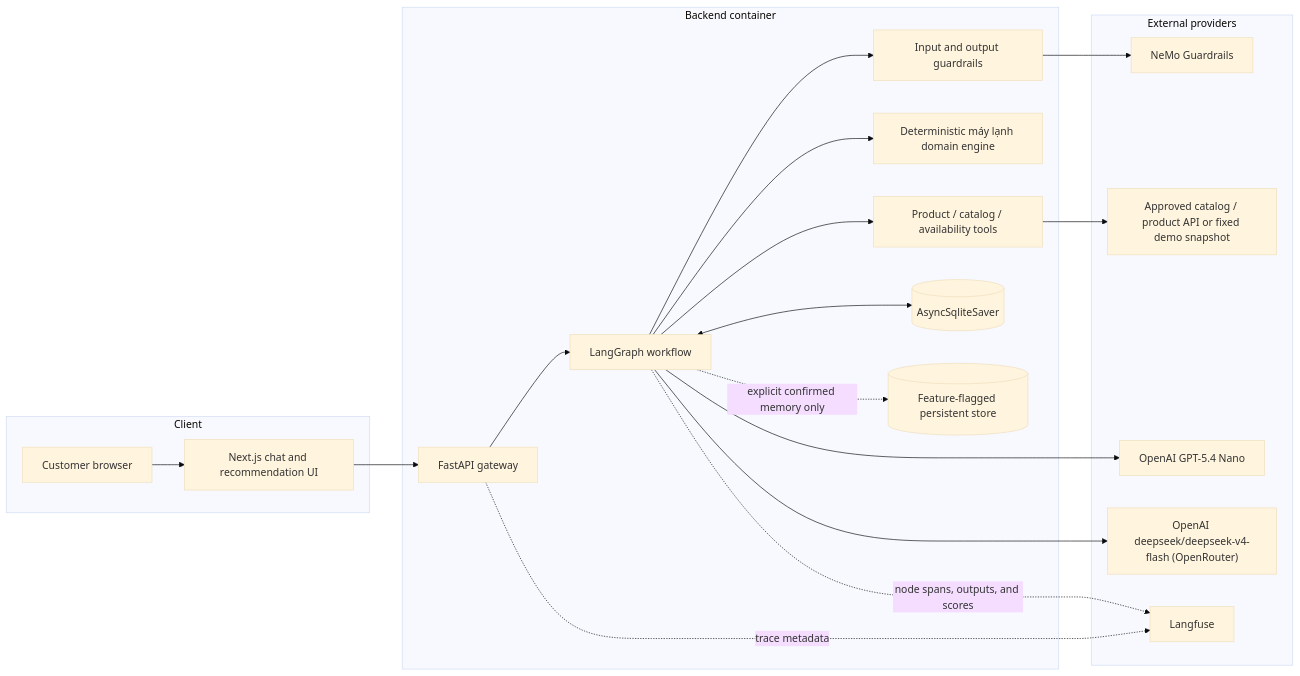
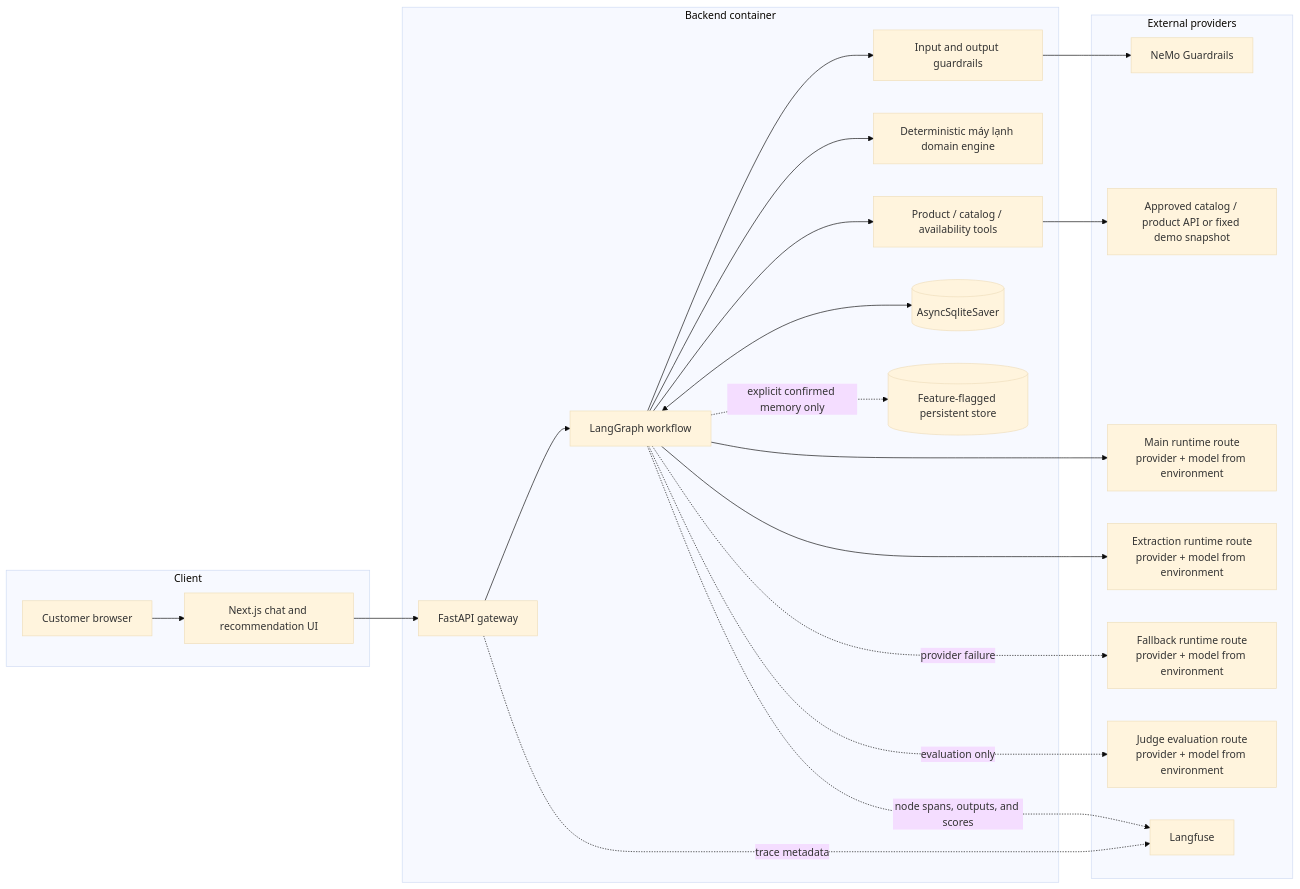
Before and after one commit to MathematicGuy/AI-Hackathon-2026: the second of 2 diagrams in ARCHITECTURE.md, drawn with Mermaid (base theme). The commit also changed other lines of this file and 5 other files, not shown here.

Commit message:
docs(models): make runtime routing environment-owned

````diff
--- a/ARCHITECTURE.md
+++ b/ARCHITECTURE.md
@@ -214,38 +214,42 @@
 ```mermaid
 flowchart LR
     subgraph Client["Client"]
         BROWSER["Customer browser"]
         NEXT["Next.js chat and recommendation UI"]
     end
 
     subgraph Backend["Backend container"]
         FASTAPI["FastAPI gateway"]
         GRAPH["LangGraph workflow"]
         DOMAIN["Deterministic máy lạnh domain engine"]
         TOOLS["Product / catalog / availability tools"]
         GUARDS["Input and output guardrails"]
         CHECKPOINT[("AsyncSqliteSaver")]
         STORE[("Feature-flagged persistent store")]
     end
 
     subgraph Providers["External providers"]
-        OPENAI_NANO["OpenAI GPT-5.4 Nano"]
-        OPENAI_MINI["OpenAI deepseek/deepseek-v4-flash (OpenRouter)"]
+        MAIN_ROUTE["Main runtime route<br/>provider + model from environment"]
+        EXTRACTION_ROUTE["Extraction runtime route<br/>provider + model from environment"]
+        FALLBACK_ROUTE["Fallback runtime route<br/>provider + model from environment"]
+        JUDGE_ROUTE["Judge evaluation route<br/>provider + model from environment"]
         NEMO["NeMo Guardrails"]
         PRODUCT_DATA["Approved catalog / product API or fixed demo snapshot"]
         LANGFUSE["Langfuse"]
     end
 
     BROWSER --> NEXT --> FASTAPI --> GRAPH
     GRAPH --> GUARDS
     GRAPH --> DOMAIN
     GRAPH --> TOOLS
     GRAPH <--> CHECKPOINT
     GRAPH -. explicit confirmed memory only .-> STORE
-    GRAPH --> OPENAI_NANO
-    GRAPH --> OPENAI_MINI
+    GRAPH --> MAIN_ROUTE
+    GRAPH --> EXTRACTION_ROUTE
+    GRAPH -. provider failure .-> FALLBACK_ROUTE
+    GRAPH -. evaluation only .-> JUDGE_ROUTE
     GUARDS --> NEMO
     TOOLS --> PRODUCT_DATA
     FASTAPI -. trace metadata .-> LANGFUSE
     GRAPH -. node spans, outputs, and scores .-> LANGFUSE
 ```
````
